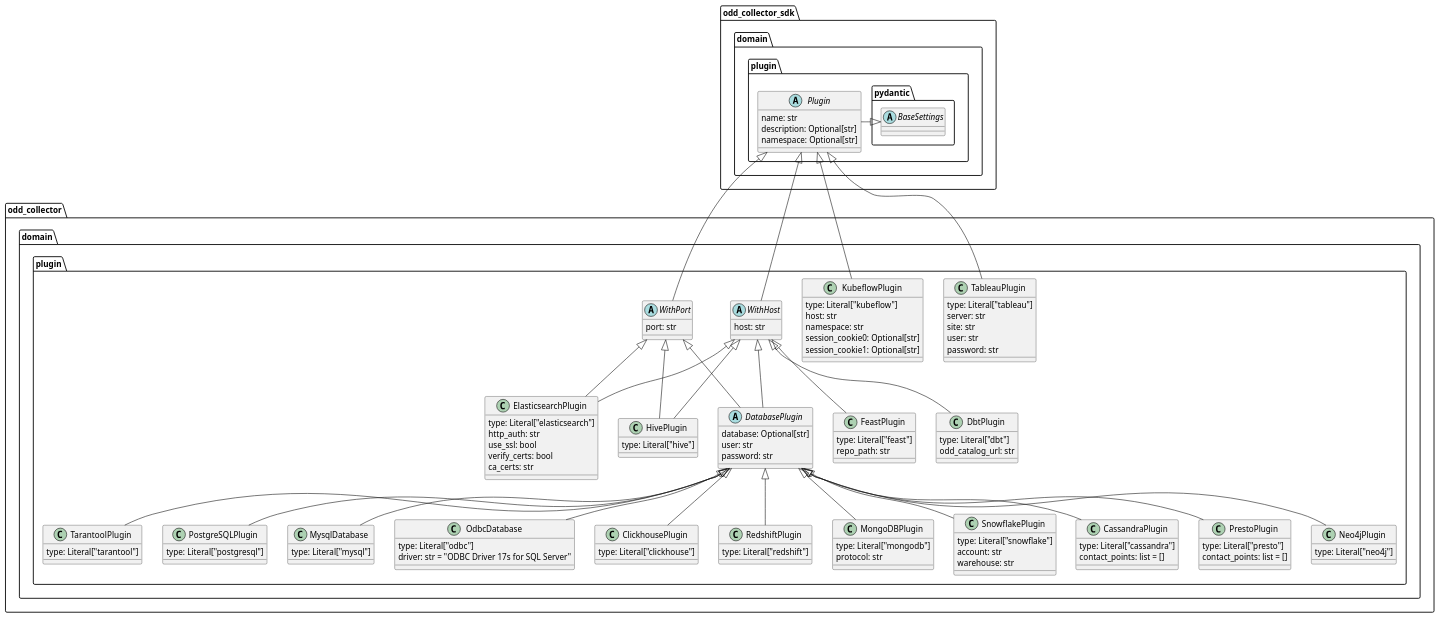
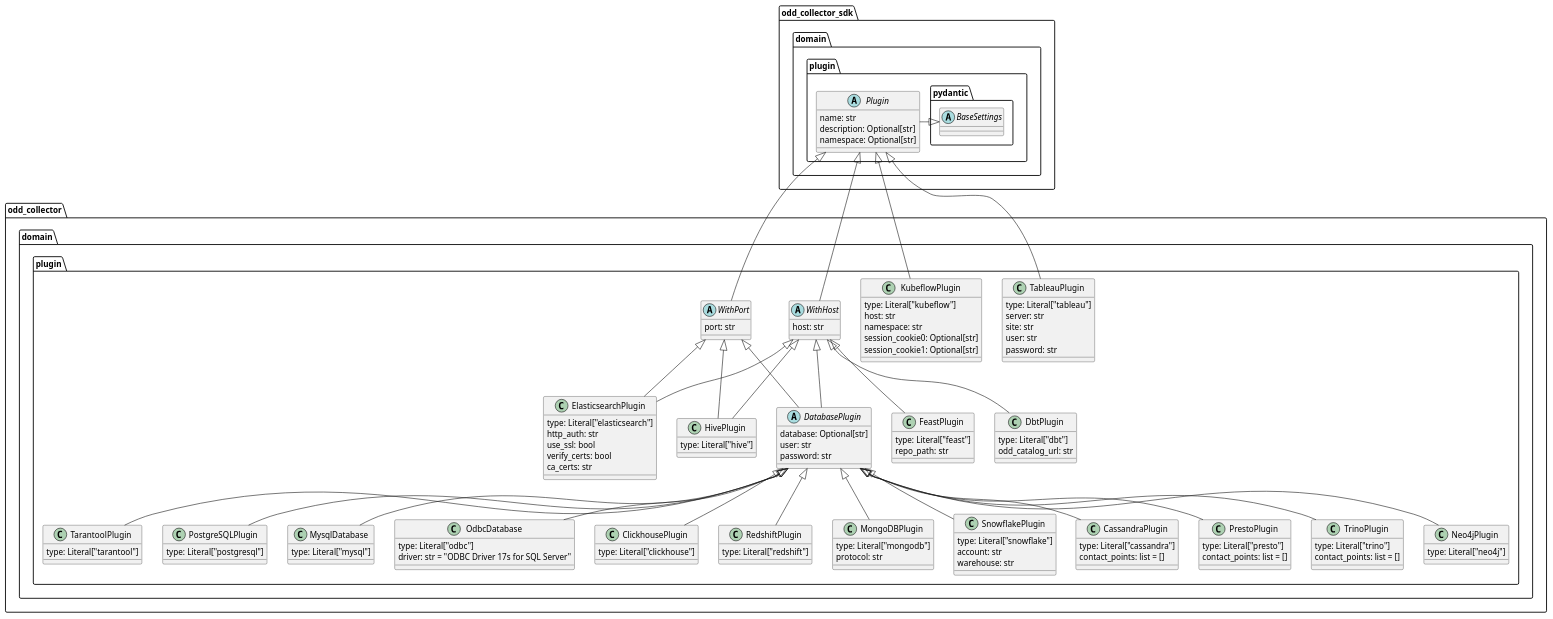
Before and after one commit to opendatadiscovery/odd-collector: the diagram in domain_classes.plantuml, drawn with PlantUML. The commit also changed 5 other files, not shown here.

```diff
--- a/domain_classes.plantuml
+++ b/domain_classes.plantuml
@@ -1,145 +1,151 @@
 @startuml
 
 namespace odd_collector_sdk.domain.plugin {
 abstract class pydantic.BaseSettings
 pydantic.BaseSettings <|- Plugin
 abstract class Plugin {
 name: str
 description: Optional[str]
 namespace: Optional[str]
 }
 }
 
 namespace odd_collector.domain.plugin {
 
 class TableauPlugin{
 type: Literal["tableau"]
 server: str
 site: str
 user: str
 password: str
 }
 odd_collector_sdk.domain.plugin.Plugin <|-- TableauPlugin
 
 class KubeflowPlugin {
 type: Literal["kubeflow"]
 host: str
 namespace: str
 session_cookie0: Optional[str]
 session_cookie1: Optional[str]
 }
 odd_collector_sdk.domain.plugin.Plugin <|-- KubeflowPlugin
 
 abstract class WithHost {
 host: str
 }
 odd_collector_sdk.domain.plugin.Plugin <|-- WithHost
 
 abstract class WithPort {
 port: str
 }
 odd_collector_sdk.domain.plugin.Plugin <|-- WithPort
 
 
 abstract class DatabasePlugin {
 database: Optional[str]
 user: str
 password: str
 }
 WithPort <|-- DatabasePlugin
 WithHost <|-- DatabasePlugin
 
 
 class PostgreSQLPlugin {
 type: Literal["postgresql"]
 }
 DatabasePlugin <|-- PostgreSQLPlugin
 
 class MysqlDatabase {
 type: Literal["mysql"]
 }
 DatabasePlugin <|-- MysqlDatabase
 
 class OdbcDatabase {
 type: Literal["odbc"]
 driver: str = "ODBC Driver 17s for SQL Server"
 }
 DatabasePlugin <|-- OdbcDatabase
 
 class ClickhousePlugin {
 type: Literal["clickhouse"]
 }
 DatabasePlugin <|-- ClickhousePlugin
 
 class RedshiftPlugin {
 type: Literal["redshift"]
 }
 DatabasePlugin <|-- RedshiftPlugin
 
 class MongoDBPlugin{
 type: Literal["mongodb"]
 protocol: str
 }
 DatabasePlugin <|-- MongoDBPlugin
 
 class SnowflakePlugin{
 type: Literal["snowflake"]
 account: str
 warehouse: str
 }
 DatabasePlugin <|-- SnowflakePlugin
 
 class CassandraPlugin{
 type: Literal["cassandra"]
 contact_points: list = []
 }
 DatabasePlugin <|-- CassandraPlugin
 
 class PrestoPlugin{
 type: Literal["presto"]
 contact_points: list = []
 }
 DatabasePlugin <|-- PrestoPlugin
 
+class TrinoPlugin{
+type: Literal["trino"]
+contact_points: list = []
+}
+DatabasePlugin <|-- TrinoPlugin
+
 class TarantoolPlugin {
 type: Literal["tarantool"]
 }
 DatabasePlugin <|-- TarantoolPlugin
 
 class Neo4jPlugin{
 type: Literal["neo4j"]
 }
 DatabasePlugin <|-- Neo4jPlugin
 
 
 TarantoolPlugin -[hidden]> PostgreSQLPlugin
 
 class ElasticsearchPlugin{
 type: Literal["elasticsearch"]
 http_auth: str
 use_ssl: bool
 verify_certs: bool
 ca_certs: str
 }
 WithHost <|-- ElasticsearchPlugin
 WithPort <|-- ElasticsearchPlugin
 
 class HivePlugin{
 type: Literal["hive"]
 }
 WithHost <|-- HivePlugin
 WithPort <|-- HivePlugin
 
 class FeastPlugin{
 type: Literal["feast"]
 repo_path: str
 }
 WithHost <|-- FeastPlugin
 
 class DbtPlugin{
 type: Literal["dbt"]
 odd_catalog_url: str
 }
 WithHost <|-- DbtPlugin
 }
 @enduml
```
